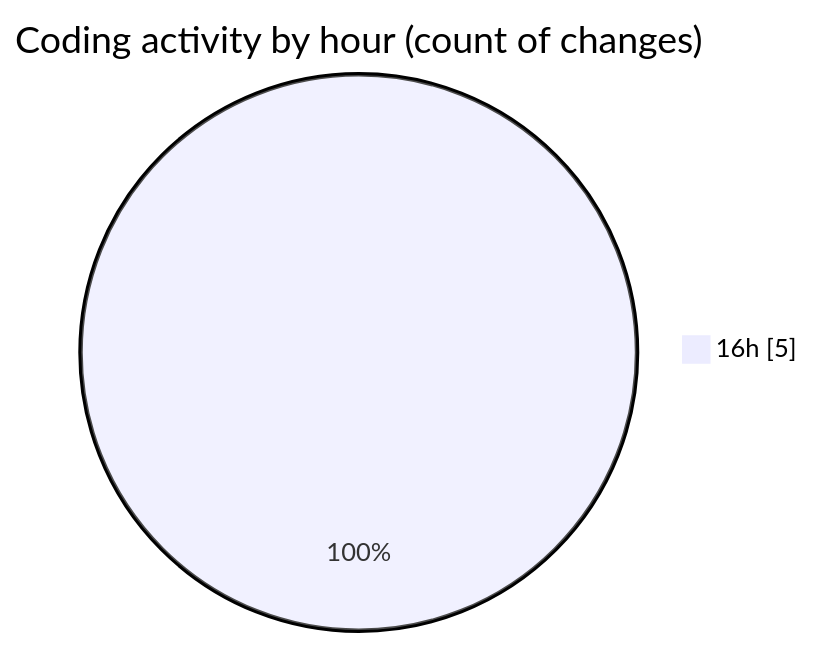
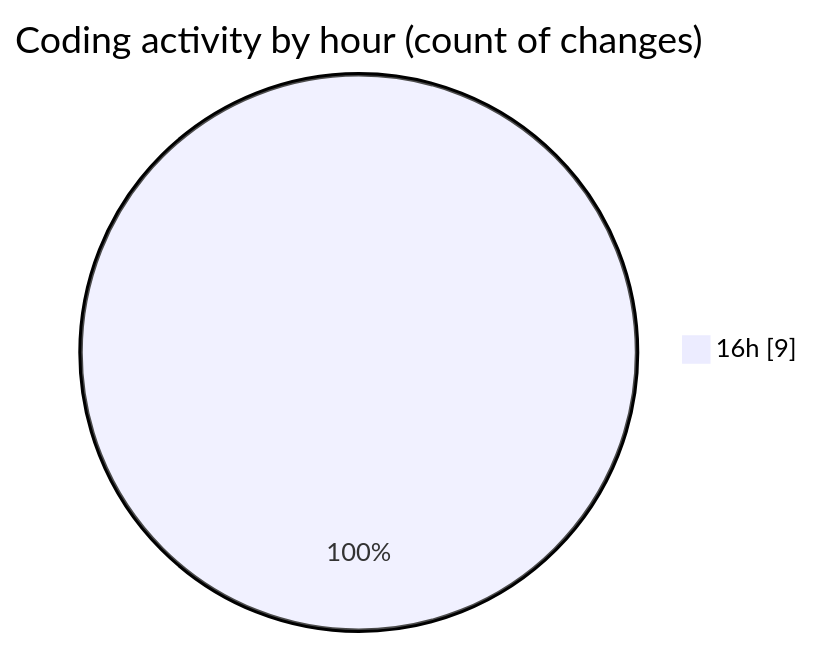
One commit to robertbonfada/code-tracking changed the second of 2 diagrams in 2025-03-12/termonied-web/README.md. Above: the diagram before and after it, drawn with Mermaid. The commit also changed other lines of this file and 1 other file, not shown here.

````diff
--- a/2025-03-12/termonied-web/README.md
+++ b/2025-03-12/termonied-web/README.md
@@ -29,5 +29,5 @@
 ```mermaid
 pie showData
 title Coding activity by hour (count of changes)
-"16h" : 5
+"16h" : 9
 ```
````
